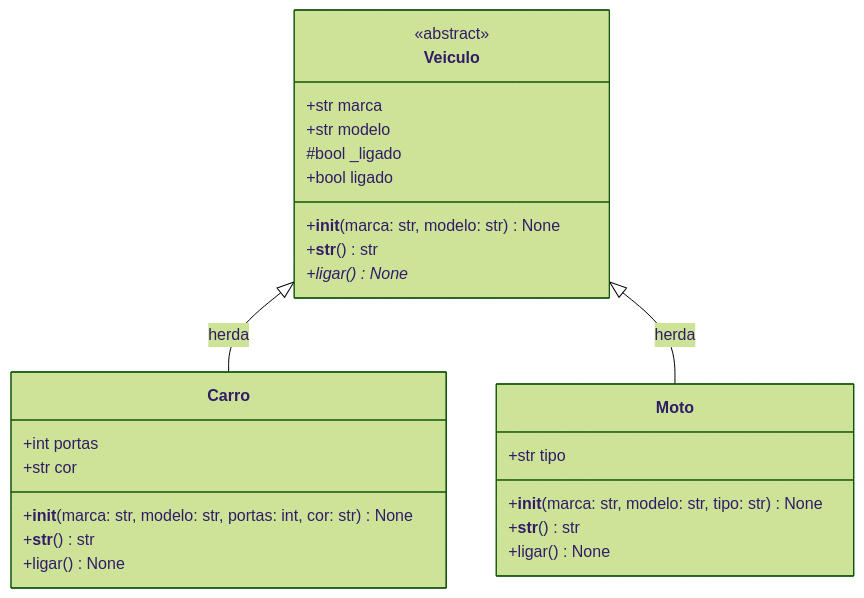
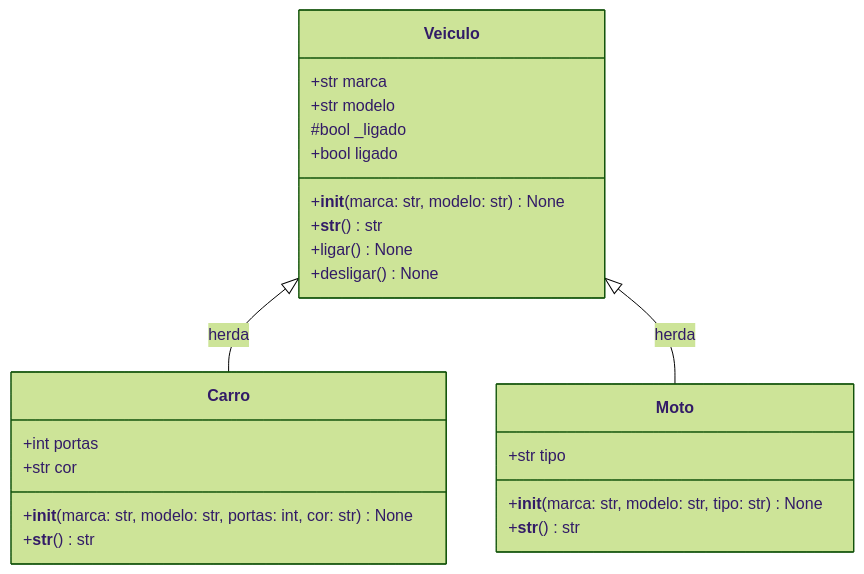
The second of 3 diagrams in python/alura/carreira/NIVEL1/03-objetos-API/VEICULOS/README.md (marcuswlima/learning), drawn with Mermaid (forest theme) before and after one commit. The commit also changed other lines of this file and 4 other files, not shown here.

First line of the commit message:
VEICULOS: move ligar/desligar para Veiculo e remove classe abstrata

````diff
--- a/python/alura/carreira/NIVEL1/03-objetos-API/VEICULOS/README.md
+++ b/python/alura/carreira/NIVEL1/03-objetos-API/VEICULOS/README.md
@@ -49,33 +48,31 @@
 ```mermaid
 classDiagram
     direction TB
 
     class Veiculo {
-        <<abstract>>
         +str marca
         +str modelo
         #bool _ligado
         +bool ligado
         +__init__(marca: str, modelo: str) None
         +__str__() str
-        +ligar()* None
+        +ligar() None
+        +desligar() None
     }
 
     class Carro {
         +int portas
         +str cor
         +__init__(marca: str, modelo: str, portas: int, cor: str) None
         +__str__() str
-        +ligar() None
     }
 
     class Moto {
         +str tipo
         +__init__(marca: str, modelo: str, tipo: str) None
         +__str__() str
-        +ligar() None
     }
 
     Veiculo <|-- Carro : herda
     Veiculo <|-- Moto : herda
 ```
````
